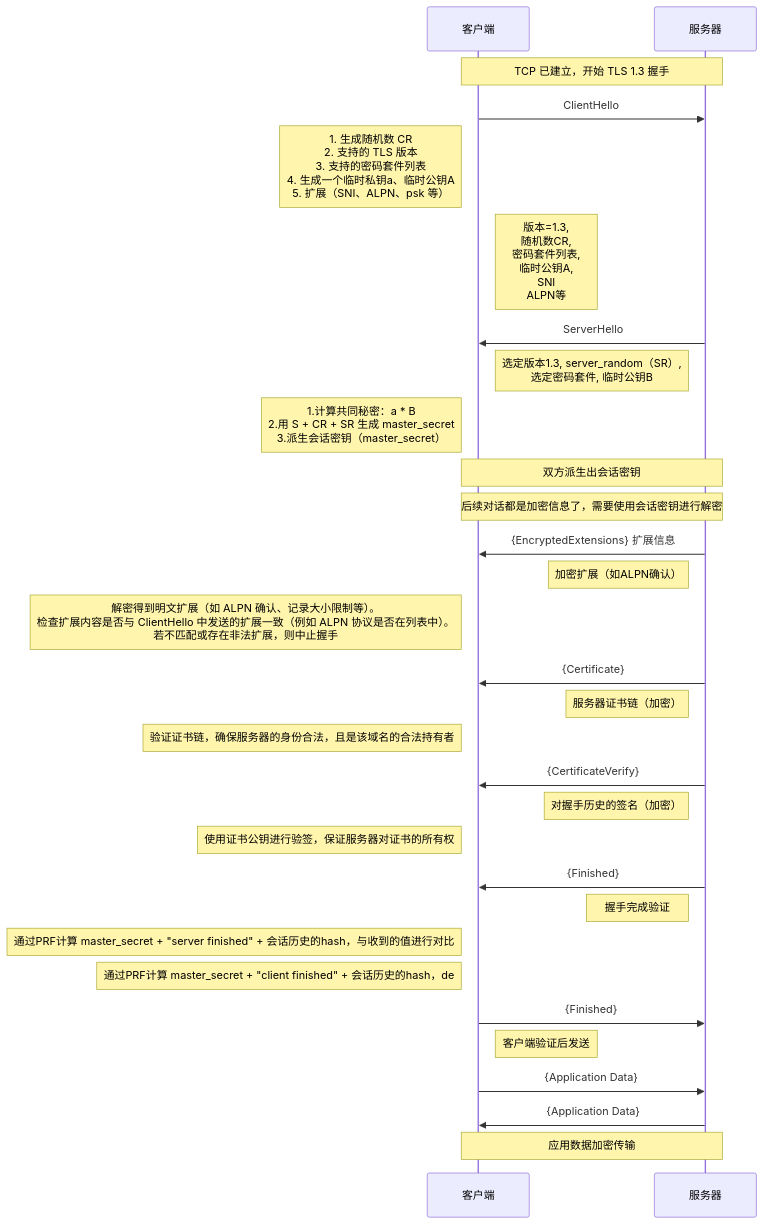
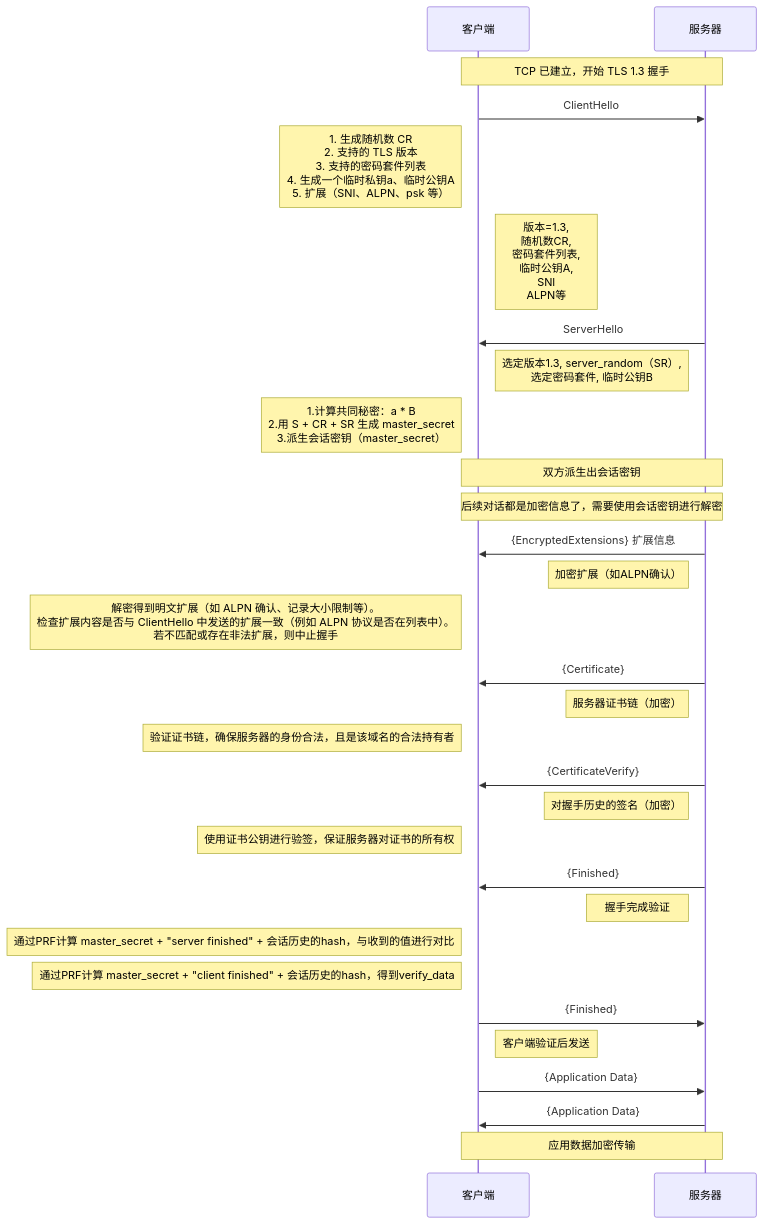
Before and after one commit to HY-10-8/iodraw-files: the diagram in all/TLS-1.3-通用.md, drawn with Mermaid.

Commit message:
2026-03-30 19:03:06 update

````diff
--- a/all/TLS-1.3-通用.md
+++ b/all/TLS-1.3-通用.md
@@ -1,42 +1,42 @@
 ```mermaid
 sequenceDiagram
     participant C as 客户端
     participant S as 服务器
 
     Note over C,S: TCP 已建立，开始 TLS 1.3 握手
 
     C->>S: ClientHello
     Note left of C: 1. 生成随机数 CR<br/> 2. 支持的 TLS 版本<br/> 3. 支持的密码套件列表<br/> 4. 生成一个临时私钥a、临时公钥A<br/> 5. 扩展（SNI、ALPN、psk 等）
     Note right of C: 版本=1.3,<br/> 随机数CR,<br/> 密码套件列表,<br/> 临时公钥A,<br/> SNI<br/> ALPN等
 
     S->>C: ServerHello
     Note left of S: 选定版本1.3, server_random（SR）,<br/> 选定密码套件, 临时公钥B
     Note left of C: 1.计算共同秘密：a * B<br/> 2.用 S + CR + SR 生成 master_secret<br/> 3.派生会话密钥（master_secret）
 
     Note over C,S: 双方派生出会话密钥
     Note over C,S: 后续对话都是加密信息了，需要使用会话密钥进行解密
 
     S->>C: {EncryptedExtensions} 扩展信息
     Note left of S: 加密扩展（如ALPN确认）
     Note left of C: 解密得到明文扩展（如 ALPN 确认、记录大小限制等）。<br/>检查扩展内容是否与 ClientHello 中发送的扩展一致（例如 ALPN 协议是否在列表中）。<br/> 若不匹配或存在非法扩展，则中止握手
 
     S->>C: {Certificate}
     Note left of S: 服务器证书链（加密）
     Note left of C: 验证证书链，确保服务器的身份合法，且是该域名的合法持有者
 
     S->>C: {CertificateVerify}
     Note left of S: 对握手历史的签名（加密）
     Note left of C: 使用证书公钥进行验签，保证服务器对证书的所有权
 
     S->>C: {Finished}
     Note left of S: 握手完成验证
     Note left of C: 通过PRF计算 master_secret + "server finished" + 会话历史的hash，与收到的值进行对比
-    Note left of C: 通过PRF计算 master_secret + "client finished" + 会话历史的hash，de
+    Note left of C: 通过PRF计算 master_secret + "client finished" + 会话历史的hash，得到verify_data
 
     C->>S: {Finished}
     Note right of C: 客户端验证后发送
 
     C->>S: {Application Data}
     S->>C: {Application Data}
     Note over C,S: 应用数据加密传输
 ```
````
